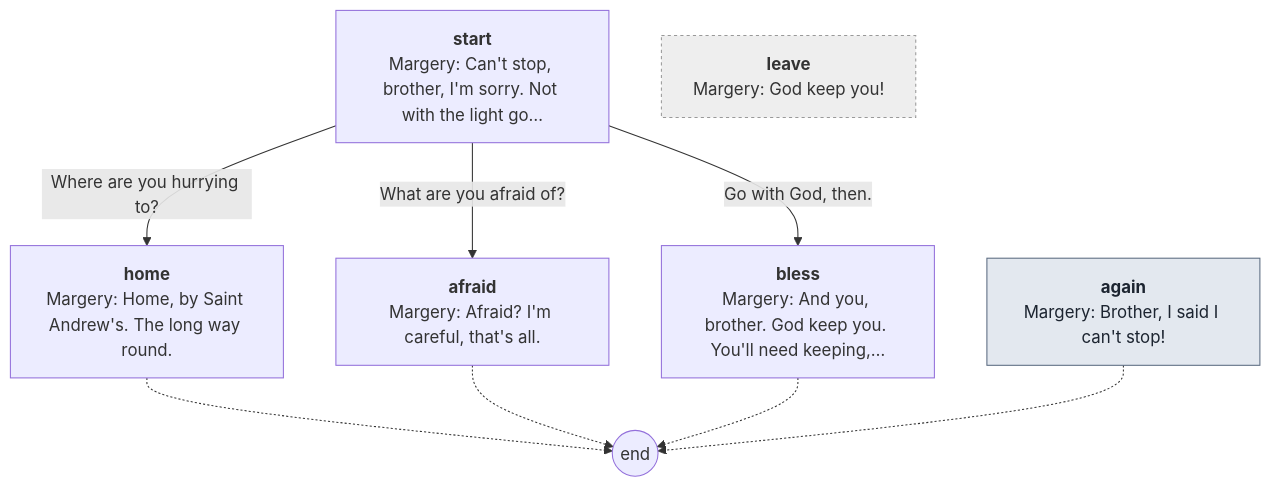
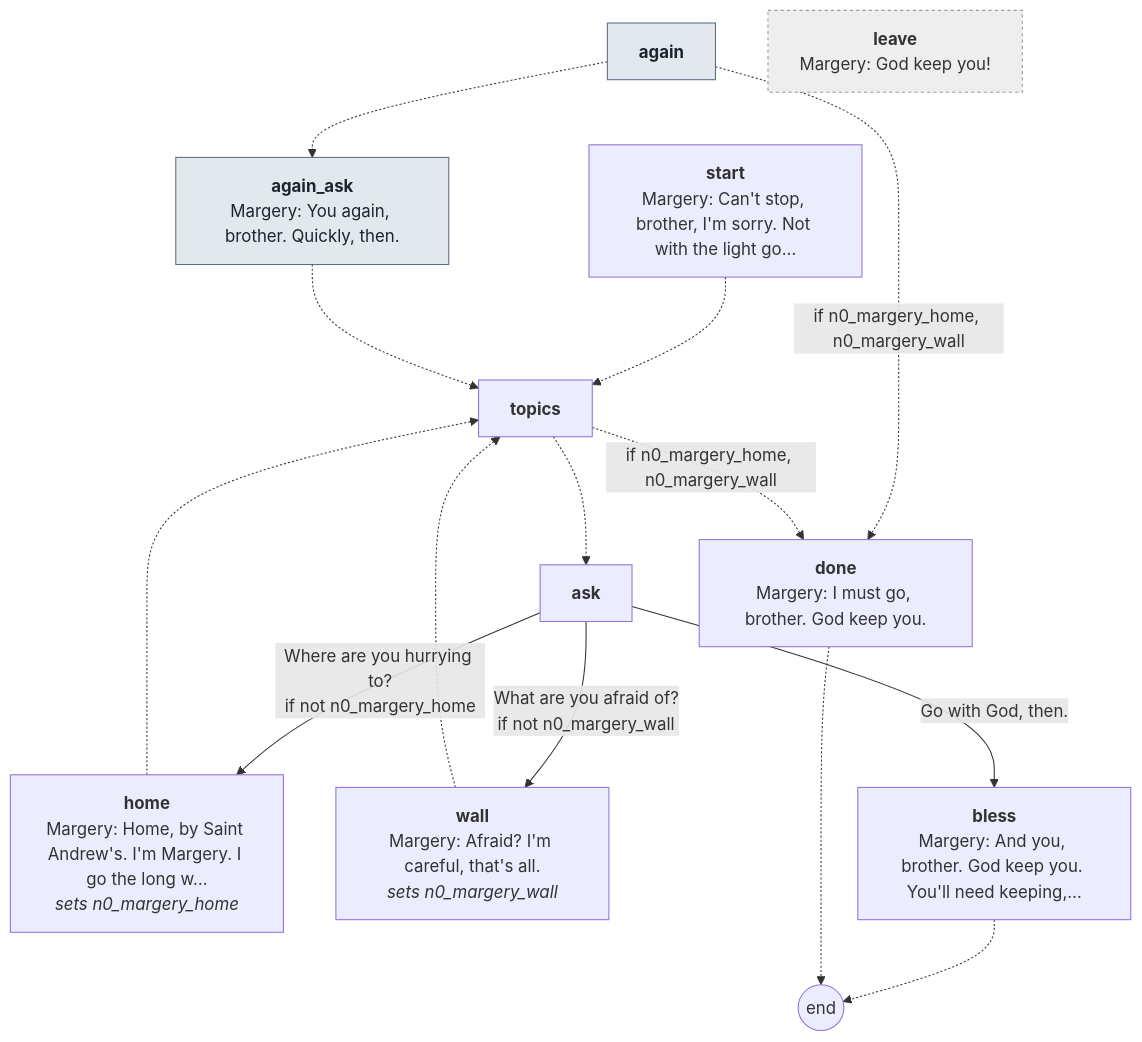
The ninth of 15 diagrams in docs/script/night0.md (toastynaan/the-porter), drawn with Mermaid before and after one commit. The commit also changed other lines of this file and 28 other files, not shown here.

First line of the commit message:
Night 0 finished: final talks and a last scene you can see

````diff
--- a/docs/script/night0.md
+++ b/docs/script/night0.md
@@ -863,22 +1063,33 @@
 ```mermaid
 flowchart TD
   p_start["<b>start</b><br/>Margery: Can't stop, brother, I'm sorry. Not with the light go…"]
-  p_home["<b>home</b><br/>Margery: Home, by Saint Andrew's. The long way round."]
-  p_afraid["<b>afraid</b><br/>Margery: Afraid? I'm careful, that's all."]
+  p_again["<b>again</b>"]
+  p_again_ask["<b>again_ask</b><br/>Margery: You again, brother. Quickly, then."]
+  p_topics["<b>topics</b>"]
+  p_ask["<b>ask</b>"]
+  p_home["<b>home</b><br/>Margery: Home, by Saint Andrew's. I'm Margery. I go the long w…<br/><i>sets n0_margery_home</i>"]
+  p_wall["<b>wall</b><br/>Margery: Afraid? I'm careful, that's all.<br/><i>sets n0_margery_wall</i>"]
   p_bless["<b>bless</b><br/>Margery: And you, brother. God keep you. You'll need keeping,…"]
-  p_again["<b>again</b><br/>Margery: Brother, I said I can't stop!"]
+  p_done["<b>done</b><br/>Margery: I must go, brother. God keep you."]
   p_leave["<b>leave</b><br/>Margery: God keep you!"]
   end_((end))
-  p_start -->|"Where are you hurrying to?"| p_home
-  p_start -->|"What are you afraid of?"| p_afraid
-  p_start -->|"Go with God, then."| p_bless
-  p_home -.-> end_
-  p_afraid -.-> end_
+  p_start -.-> p_topics
+  p_again -.->|"if n0_margery_home, n0_margery_wall"| p_done
+  p_again -.-> p_again_ask
+  p_again_ask -.-> p_topics
+  p_topics -.->|"if n0_margery_home, n0_margery_wall"| p_done
+  p_topics -.-> p_ask
+  p_ask -->|"Where are you hurrying to?<br/>if not n0_margery_home"| p_home
+  p_ask -->|"What are you afraid of?<br/>if not n0_margery_wall"| p_wall
+  p_ask -->|"Go with God, then."| p_bless
+  p_home -.-> p_topics
+  p_wall -.-> p_topics
   p_bless -.-> end_
-  p_again -.-> end_
+  p_done -.-> end_
   classDef claim fill:#f3e3b5,stroke:#9a6b1a,color:#2b2116
   classDef again fill:#e3e8ef,stroke:#5b6b80,color:#1c2430
   classDef leave fill:#eee,stroke:#999,color:#333,stroke-dasharray: 3 3
   class p_again again
+  class p_again_ask again
   class p_leave leave
 ```
````
